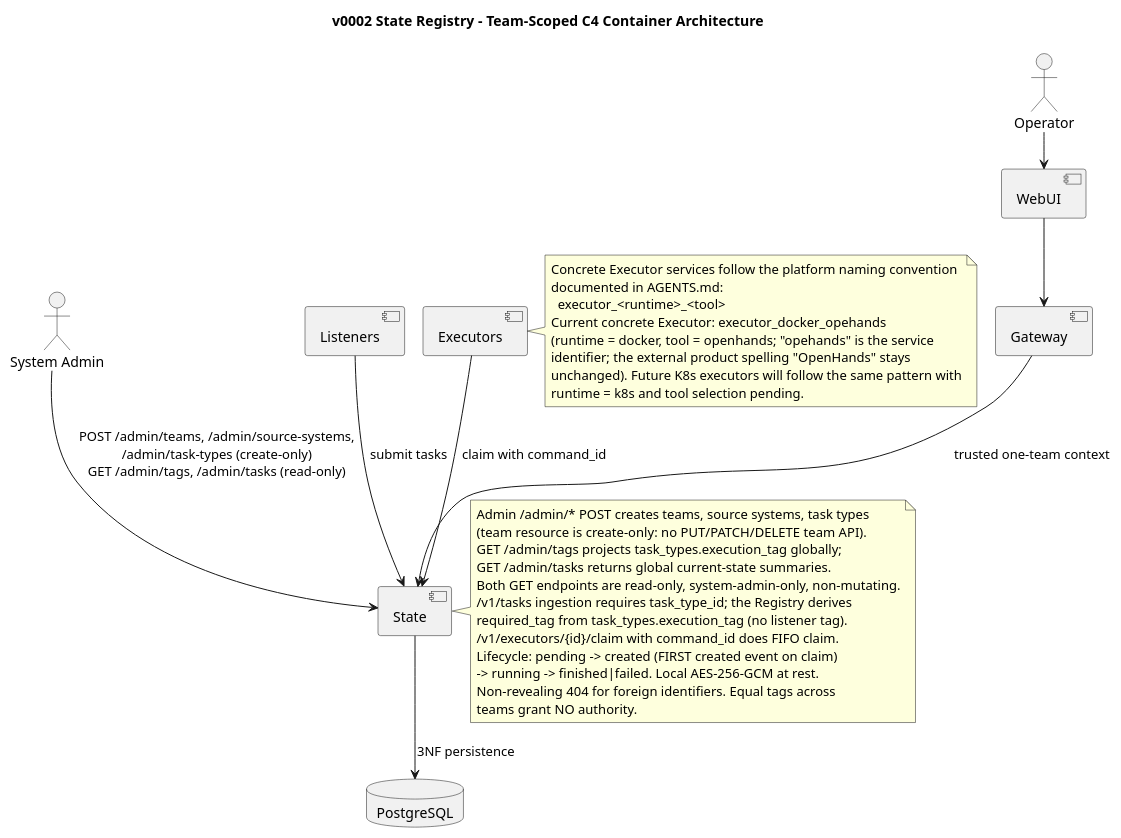
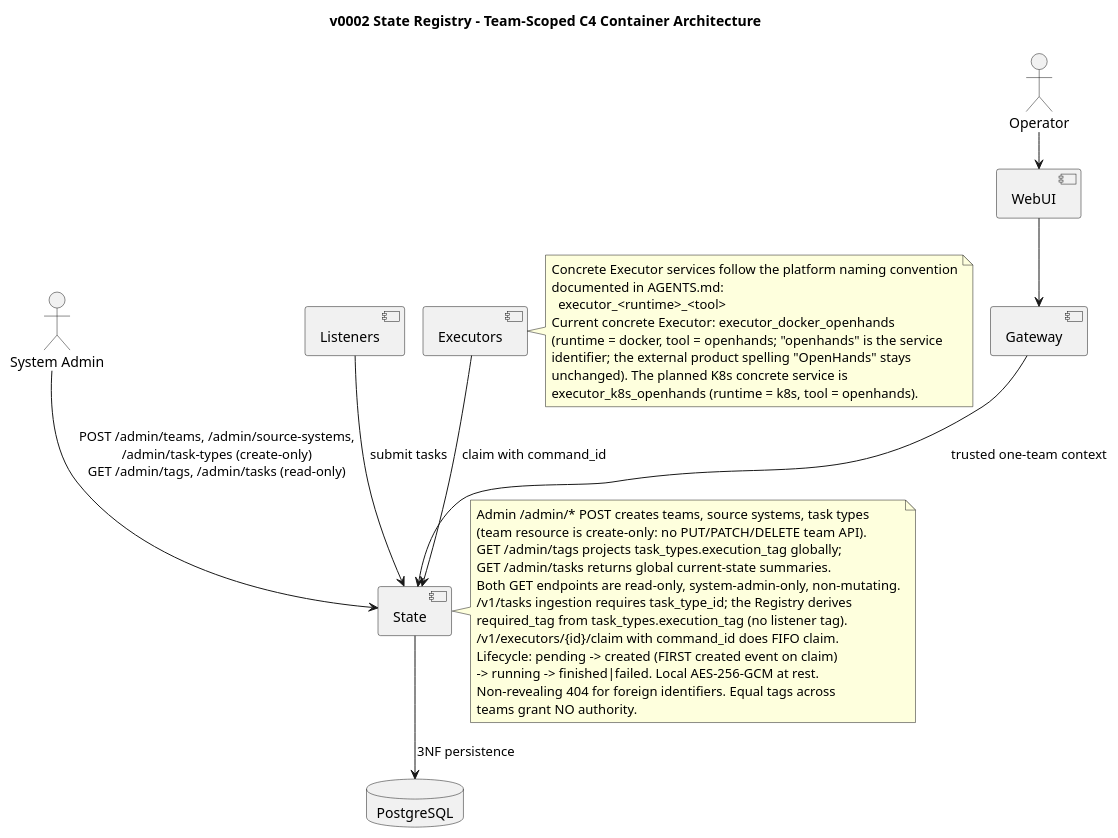
One commit to pandops/flowai changed the diagram in docs/architecture/diagrams/state-registry-c4-container.puml. Above: the diagram before and after it, drawn with PlantUML. The commit also changed 19 other files, not shown here.

```diff
--- a/docs/architecture/diagrams/state-registry-c4-container.puml
+++ b/docs/architecture/diagrams/state-registry-c4-container.puml
@@ -2,48 +2,48 @@
 @startuml
 !pragma layout smetana
 title v0002 State Registry - Team-Scoped C4 Container Architecture
 
 actor "System Admin" as Admin
 actor Operator
 component Listeners
 component Executors
 component WebUI
 component Gateway
 component State
 database "PostgreSQL" as DB
 
 Admin --> State : POST /admin/teams, /admin/source-systems,\n/admin/task-types (create-only)\nGET /admin/tags, /admin/tasks (read-only)
 Operator --> WebUI
 WebUI --> Gateway
 Gateway --> State : trusted one-team context
 Listeners --> State : submit tasks
 Executors --> State : claim with command_id
 State --> DB : 3NF persistence
 
 note right of Executors
   Concrete Executor services follow the platform naming convention
   documented in AGENTS.md:
     executor_<runtime>_<tool>
-  Current concrete Executor: executor_docker_opehands
-  (runtime = docker, tool = openhands; "opehands" is the service
+  Current concrete Executor: executor_docker_openhands
+  (runtime = docker, tool = openhands; "openhands" is the service
   identifier; the external product spelling "OpenHands" stays
-  unchanged). Future K8s executors will follow the same pattern with
-  runtime = k8s and tool selection pending.
+  unchanged). The planned K8s concrete service is
+  executor_k8s_openhands (runtime = k8s, tool = openhands).
 end note
 
 note right of State
   Admin /admin/* POST creates teams, source systems, task types
   (team resource is create-only: no PUT/PATCH/DELETE team API).
   GET /admin/tags projects task_types.execution_tag globally;
   GET /admin/tasks returns global current-state summaries.
   Both GET endpoints are read-only, system-admin-only, non-mutating.
   /v1/tasks ingestion requires task_type_id; the Registry derives
   required_tag from task_types.execution_tag (no listener tag).
   /v1/executors/{id}/claim with command_id does FIFO claim.
   Lifecycle: pending -> created (FIRST created event on claim)
   -> running -> finished|failed. Local AES-256-GCM at rest.
   Non-revealing 404 for foreign identifiers. Equal tags across
   teams grant NO authority.
 end note
 
 @enduml
```
